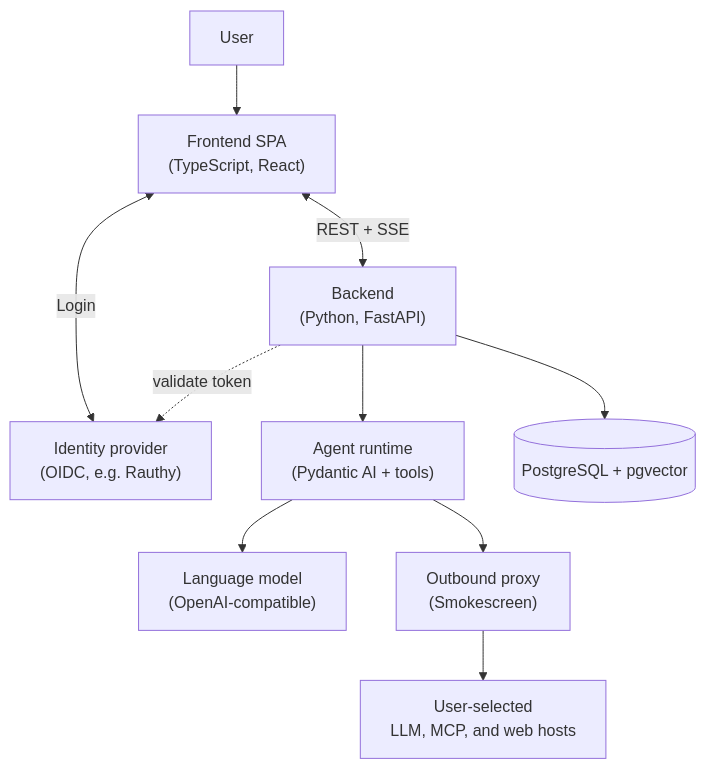
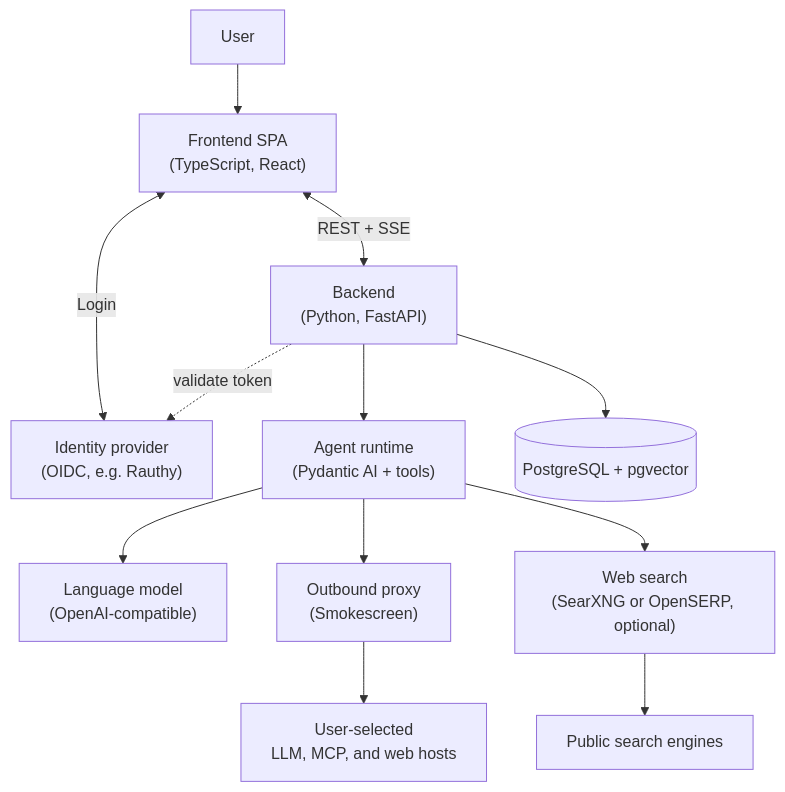
Before and after one commit to dfki-ebls/hivegent: the diagram in docs/src/en/architecture.md, drawn with Mermaid. The commit also changed other lines of this file and 3 other files, not shown here.

Commit message:
docs: explain web search and fetch setup

````diff
--- a/docs/src/en/architecture.md
+++ b/docs/src/en/architecture.md
@@ -6,22 +6,26 @@
 ```mermaid
 flowchart TD
     user[User]
     browser["Frontend SPA<br/>(TypeScript, React)"]
     oidc["Identity provider<br/>(OIDC, e.g. Rauthy)"]
     backend["Backend<br/>(Python, FastAPI)"]
     agent["Agent runtime<br/>(Pydantic AI + tools)"]
     db[("PostgreSQL + pgvector")]
     llm["Language model<br/>(OpenAI-compatible)"]
+    search["Web search<br/>(SearXNG or OpenSERP, optional)"]
     egress["Outbound proxy<br/>(Smokescreen)"]
     external["User-selected<br/>LLM, MCP, and web hosts"]
+    engines["Public search engines"]
 
     user --> browser
     browser <-->|Login| oidc
     browser <-->|REST + SSE| backend
     backend -.->|validate token| oidc
     backend --> agent
     agent --> llm
     agent --> egress
+    agent --> search
+    search --> engines
     egress --> external
     backend --> db
 ```
````
